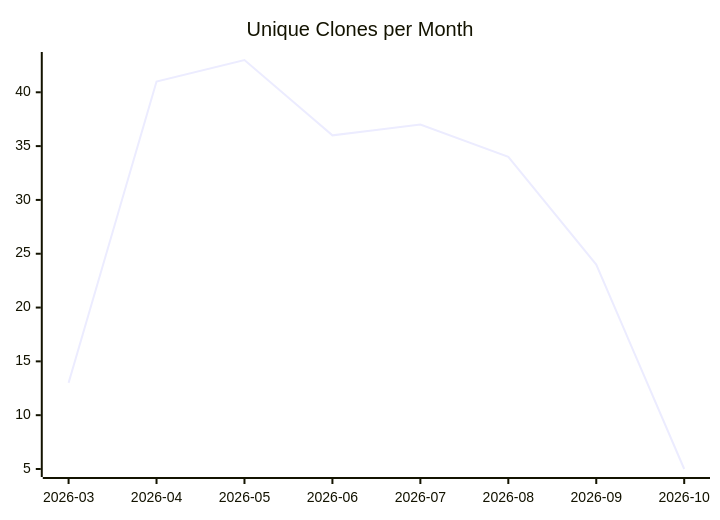
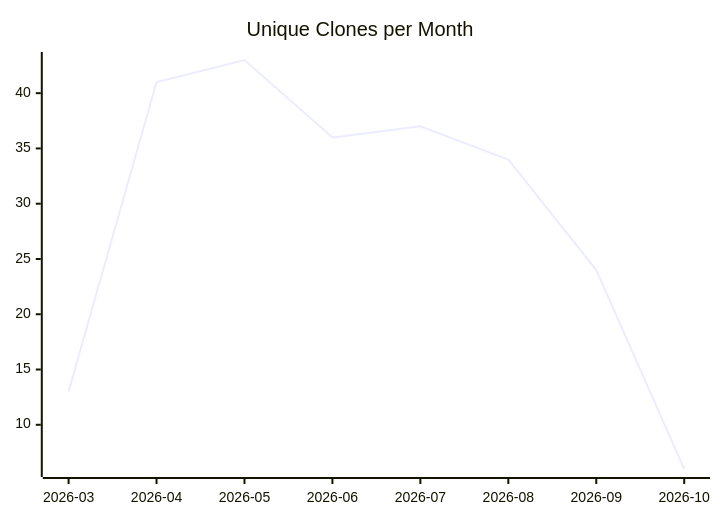
One commit to justdavis-family/github-analytics-data changed the third of 3 diagrams in karlmdavis/usgs-water-api-java/README.md. Above: the diagram before and after it, drawn with Mermaid. The commit also changed other lines of this file and 198 other files, not shown here.

````diff
--- a/karlmdavis/usgs-water-api-java/README.md
+++ b/karlmdavis/usgs-water-api-java/README.md
@@ -19,6 +19,6 @@
 ```mermaid
 xychart-beta
   title "Unique Clones per Month"
   x-axis ["2026-03", "2026-04", "2026-05", "2026-06", "2026-07", "2026-08", "2026-09", "2026-10"]
-  line [13, 41, 43, 36, 37, 34, 24, 5]
+  line [13, 41, 43, 36, 37, 34, 24, 6]
 ```
````
